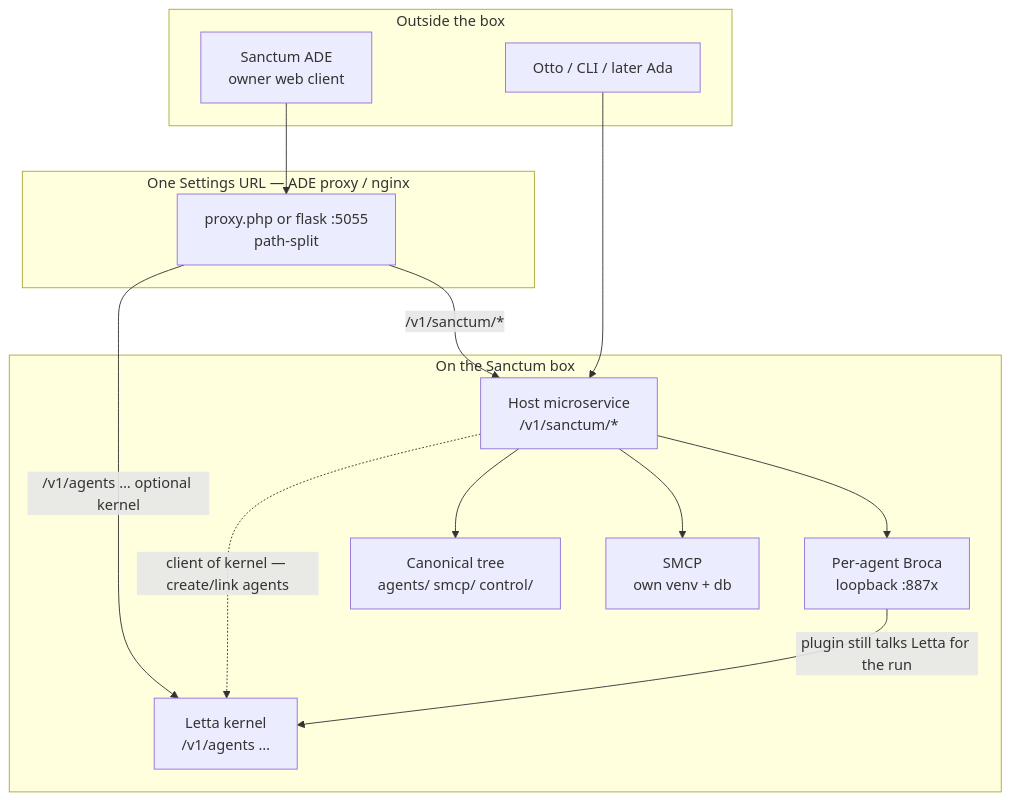
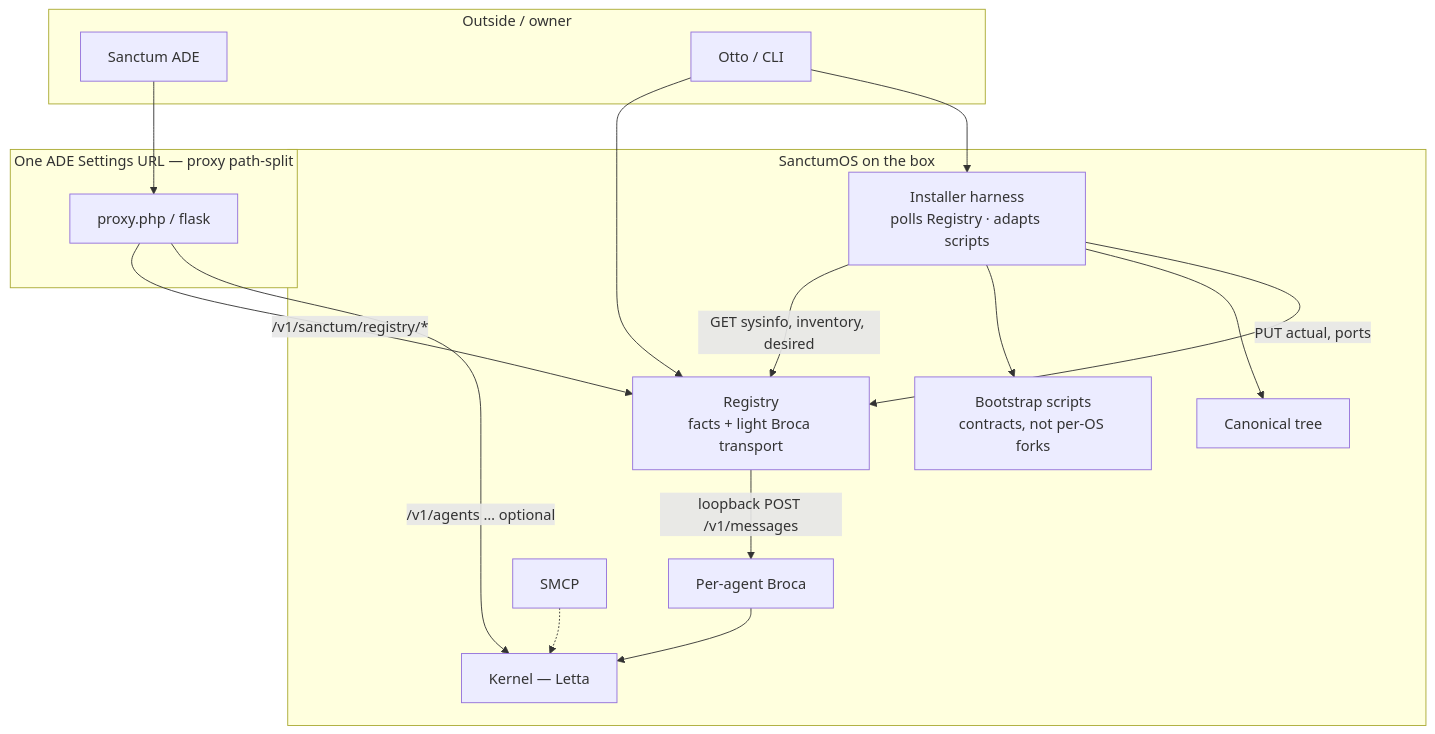
One commit to sanctumos/ade changed the first of 4 diagrams in docs/host-os/architecture-v0.md. Above: the diagram before and after it, drawn with Mermaid. The commit also changed other lines of this file and 6 other files, not shown here.

First line of the commit message:
Split Registry (hive + light Broca transport) from the installer harness.

````diff
--- a/docs/host-os/architecture-v0.md
+++ b/docs/host-os/architecture-v0.md
@@ -40,29 +42,34 @@
 ```mermaid
 flowchart TB
-  subgraph clients["Outside the box"]
-    ADE["Sanctum ADE<br/>owner web client"]
-    OTTO["Otto / CLI / later Ada"]
+  subgraph clients["Outside / owner"]
+    ADE["Sanctum ADE"]
+    CLI["Otto / CLI"]
   end
 
-  subgraph edge["One Settings URL — ADE proxy / nginx"]
-    PROXY["proxy.php or flask :5055<br/>path-split"]
+  subgraph edge["One ADE Settings URL — proxy path-split"]
+    PROXY["proxy.php / flask"]
   end
 
-  subgraph hostbox["On the Sanctum box"]
-    HOST["Host microservice<br/>/v1/sanctum/*"]
-    LETTA["Letta kernel<br/>/v1/agents …"]
-    BROCA["Per-agent Broca<br/>loopback :887x"]
-    SMCP["SMCP<br/>own venv + db"]
-    DISK["Canonical tree<br/>agents/ smcp/ control/"]
+  subgraph os["SanctumOS on the box"]
+    REG["Registry<br/>facts + light Broca transport"]
+    INST["Installer harness<br/>polls Registry · adapts scripts"]
+    SCRIPTS["Bootstrap scripts<br/>contracts, not per-OS forks"]
+    LETTA["Kernel — Letta"]
+    BROCA["Per-agent Broca"]
+    SMCP["SMCP"]
+    DISK["Canonical tree"]
   end
 
   ADE --> PROXY
-  OTTO --> HOST
-  PROXY -->|"/v1/sanctum/*"| HOST
-  PROXY -->|"/v1/agents … optional kernel"| LETTA
-  HOST --> BROCA
-  HOST --> SMCP
-  HOST --> DISK
-  HOST -.->|"client of kernel — create/link agents"| LETTA
-  BROCA -->|"plugin still talks Letta for the run"| LETTA
+  PROXY -->|"/v1/sanctum/registry/*"| REG
+  PROXY -->|"/v1/agents … optional"| LETTA
+  CLI --> REG
+  CLI --> INST
+  INST -->|"GET sysinfo, inventory, desired"| REG
+  INST --> SCRIPTS
+  INST --> DISK
+  INST -->|"PUT actual, ports"| REG
+  REG -->|"loopback POST /v1/messages"| BROCA
+  BROCA --> LETTA
+  SMCP -.-> LETTA
 ```
````
